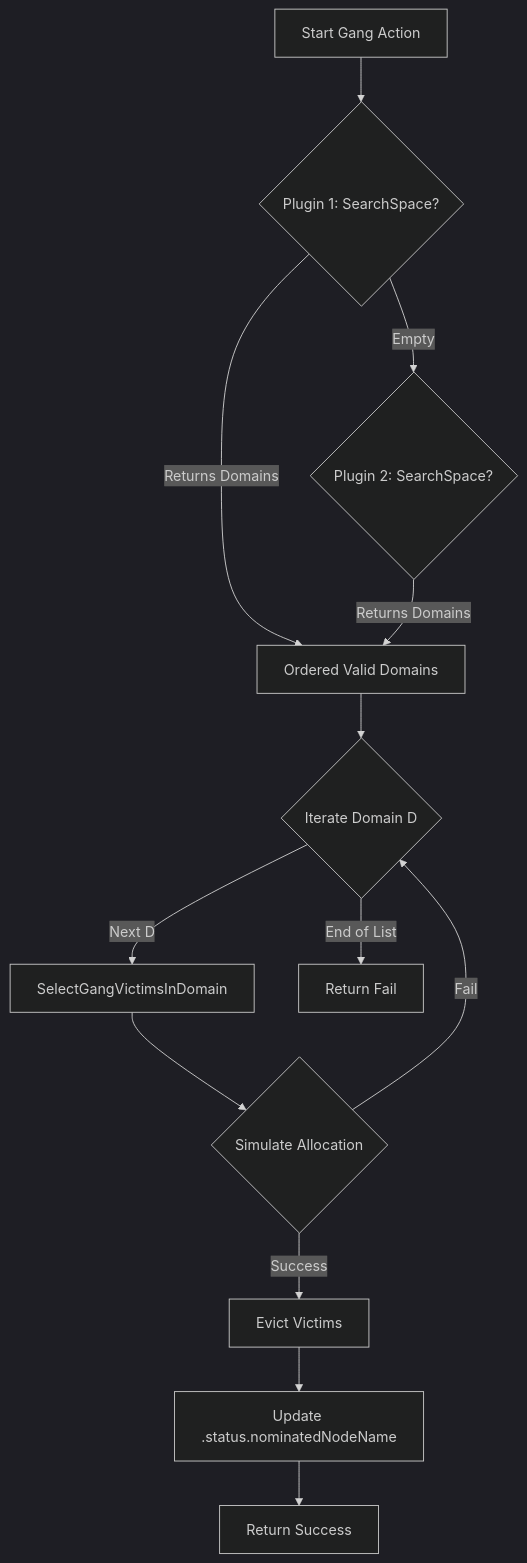
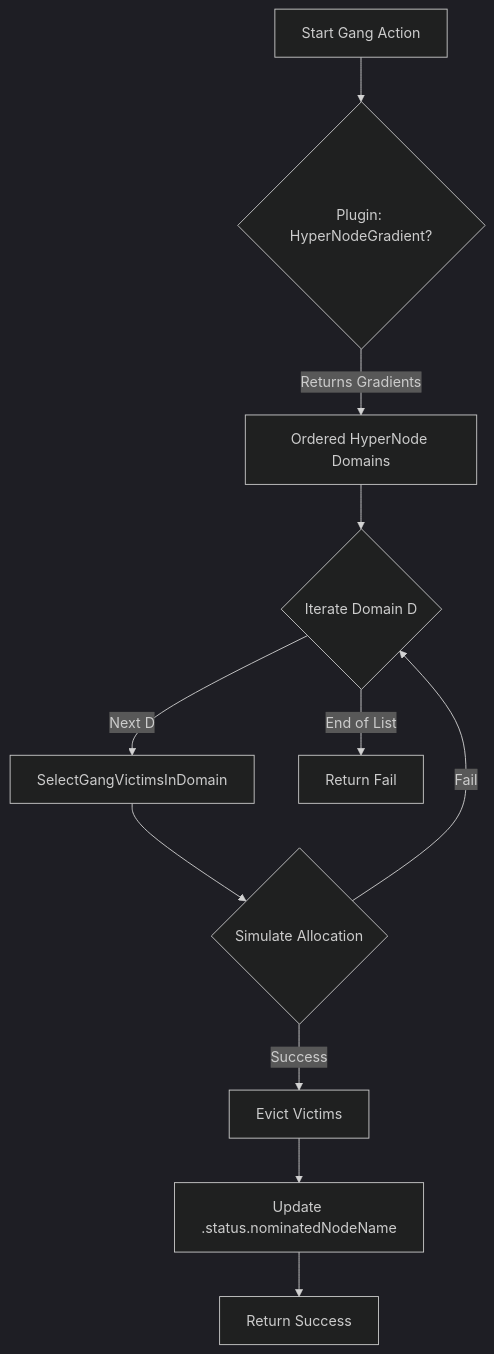
Before and after one commit to volcano-sh/volcano: the first of 2 diagrams in docs/design/gang-aware-eviction-design.md, drawn with Mermaid (dark theme). The commit also changed other lines of this file, not shown here.

Commit message:
Update gang-aware-eviction-desgin based on v1.13

````diff
--- a/docs/design/gang-aware-eviction-design.md
+++ b/docs/design/gang-aware-eviction-design.md
@@ -92,18 +124,16 @@
 ```mermaid
 graph TD
-    Start[Start Gang Action] --> P1{Plugin 1: SearchSpace?}
-    P1 -- Returns Domains --> Domains[Ordered Valid Domains]
-    P1 -- Empty --> P2{Plugin 2: SearchSpace?}
-    P2 -- Returns Domains --> Domains
+    Start[Start Gang Action] --> P1{Plugin: HyperNodeGradient?}
+    P1 -- Returns Gradients --> Domains[Ordered HyperNode Domains]
     
     Domains --> Loop{Iterate Domain D}
     Loop -- Next D --> Select[SelectGangVictimsInDomain]
     Select --> Sim{Simulate Allocation}
     
     Sim -- Success --> Evict[Evict Victims]
     Evict --> Nominate[Update .status.nominatedNodeName]
     Nominate --> Return[Return Success]
     
     Sim -- Fail --> Loop
     Loop -- End of List --> Fail[Return Fail]
 ```
````
